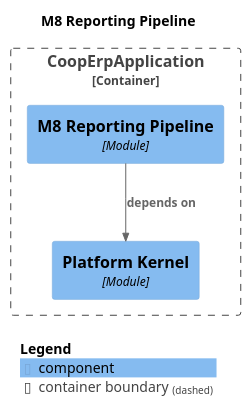
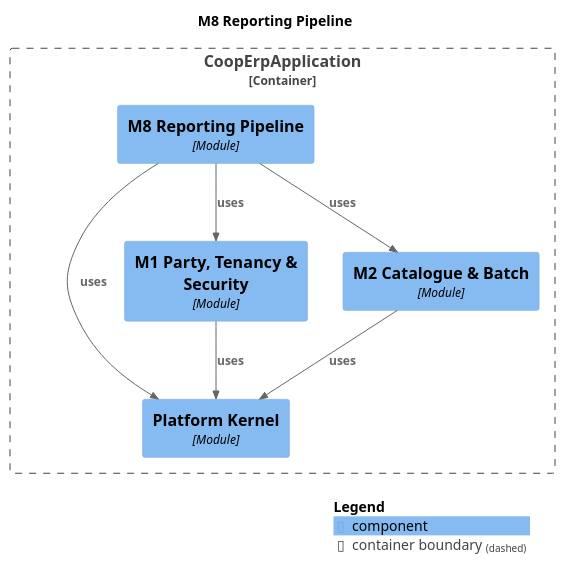
The diagram in docs/modules/module-m8reporting.puml (Knoweb/COOP_ERP), drawn with PlantUML before and after one commit. The commit also changed 23 other files, not shown here.

```diff
--- a/docs/modules/module-m8reporting.puml
+++ b/docs/modules/module-m8reporting.puml
@@ -1,19 +1,25 @@
 @startuml
 set separator none
 title M8 Reporting Pipeline
 
 top to bottom direction
 
 !include <C4/C4>
 !include <C4/C4_Context>
 !include <C4/C4_Component>
 
 Container_Boundary("CoopErpApplication.CoopErpApplication_boundary", "CoopErpApplication", $tags="") {
+  Component(CoopErpApplication.CoopErpApplication.M8ReportingPipeline, "M8 Reporting Pipeline", $techn="Module", $descr="", $tags="", $link="")
   Component(CoopErpApplication.CoopErpApplication.PlatformKernel, "Platform Kernel", $techn="Module", $descr="", $tags="", $link="")
-  Component(CoopErpApplication.CoopErpApplication.M8ReportingPipeline, "M8 Reporting Pipeline", $techn="Module", $descr="", $tags="", $link="")
+  Component(CoopErpApplication.CoopErpApplication.M1PartyTenancySecurity, "M1 Party, Tenancy & Security", $techn="Module", $descr="", $tags="", $link="")
+  Component(CoopErpApplication.CoopErpApplication.M2CatalogueBatch, "M2 Catalogue & Batch", $techn="Module", $descr="", $tags="", $link="")
 }
 
-Rel(CoopErpApplication.CoopErpApplication.M8ReportingPipeline, CoopErpApplication.CoopErpApplication.PlatformKernel, "depends on", $techn="", $tags="", $link="")
+Rel(CoopErpApplication.CoopErpApplication.M1PartyTenancySecurity, CoopErpApplication.CoopErpApplication.PlatformKernel, "uses", $techn="", $tags="", $link="")
+Rel(CoopErpApplication.CoopErpApplication.M2CatalogueBatch, CoopErpApplication.CoopErpApplication.PlatformKernel, "uses", $techn="", $tags="", $link="")
+Rel(CoopErpApplication.CoopErpApplication.M8ReportingPipeline, CoopErpApplication.CoopErpApplication.M1PartyTenancySecurity, "uses", $techn="", $tags="", $link="")
+Rel(CoopErpApplication.CoopErpApplication.M8ReportingPipeline, CoopErpApplication.CoopErpApplication.M2CatalogueBatch, "uses", $techn="", $tags="", $link="")
+Rel(CoopErpApplication.CoopErpApplication.M8ReportingPipeline, CoopErpApplication.CoopErpApplication.PlatformKernel, "uses", $techn="", $tags="", $link="")
 
 SHOW_LEGEND(true)
 @enduml
```
